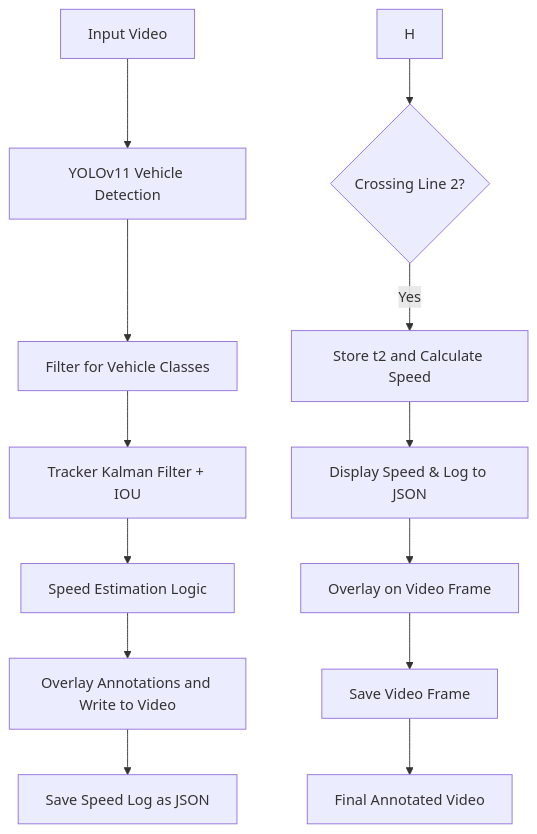
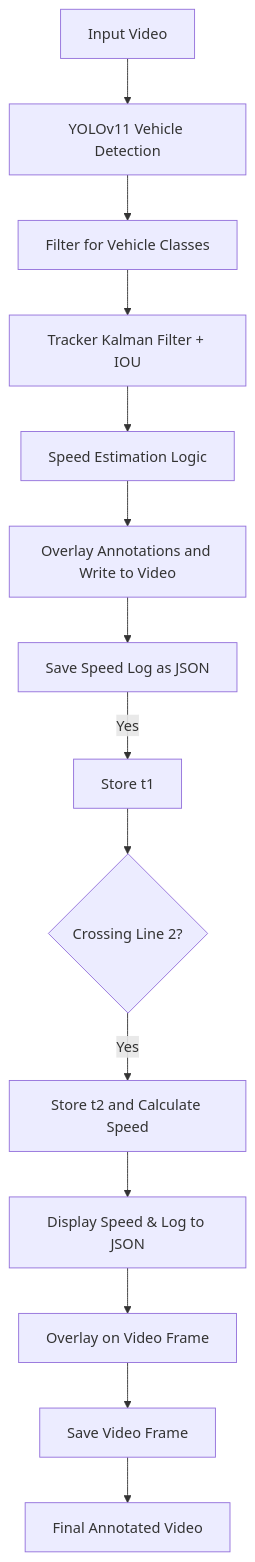
Before and after one commit to Kaarti22/Vehicle-Speed-Detection: the diagram in README.md, drawn with Mermaid.

Commit message:
Update system workflow diagram

````diff
--- a/README.md
+++ b/README.md
@@ -31,15 +31,16 @@
 ```mermaid
 graph TD
     A[Input Video] --> B[YOLOv11 Vehicle Detection]
     B --> C[Filter for Vehicle Classes]
     C --> D[Tracker Kalman Filter + IOU]
     D --> E[Speed Estimation Logic]
     E --> F[Overlay Annotations and Write to Video]
     F --> G[Save Speed Log as JSON]
+    G -- Yes --> H[Store t1]
     H --> I{Crossing Line 2?}
     I -- Yes --> J[Store t2 and Calculate Speed]
     J --> K[Display Speed & Log to JSON]
     K --> L[Overlay on Video Frame]
     L --> M[Save Video Frame]
     M --> N[Final Annotated Video]
 ```
````
